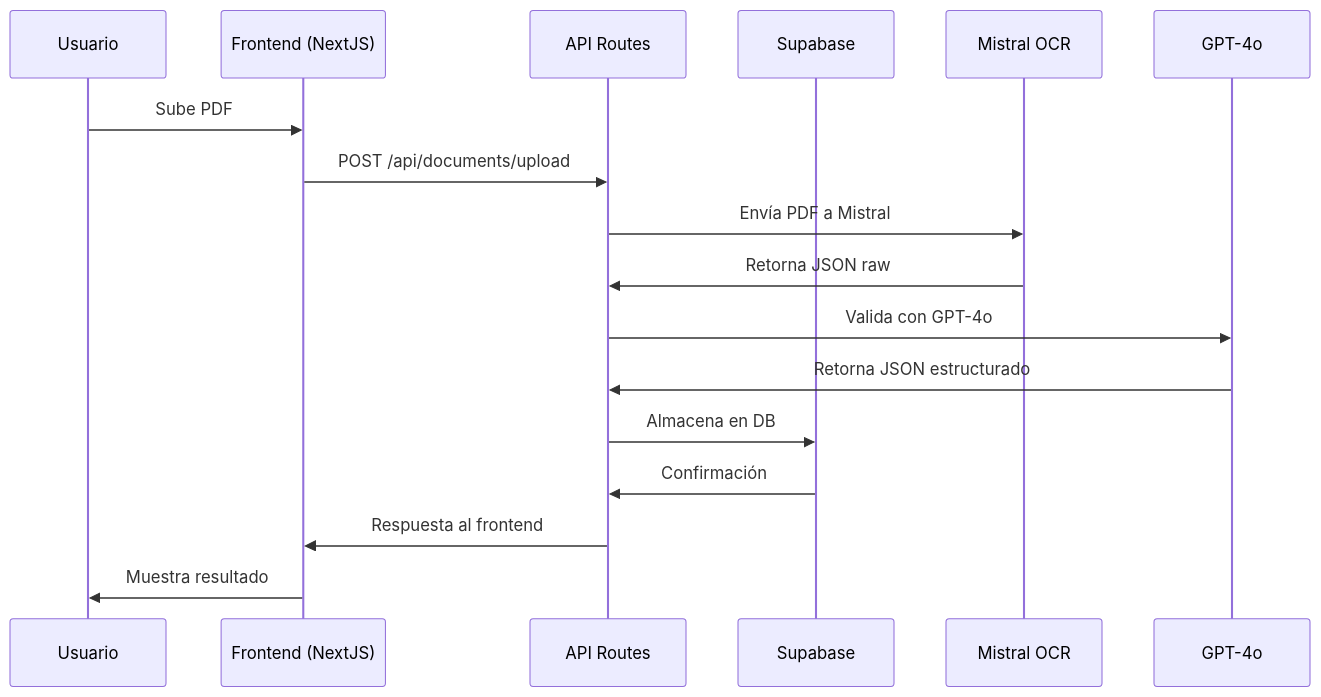
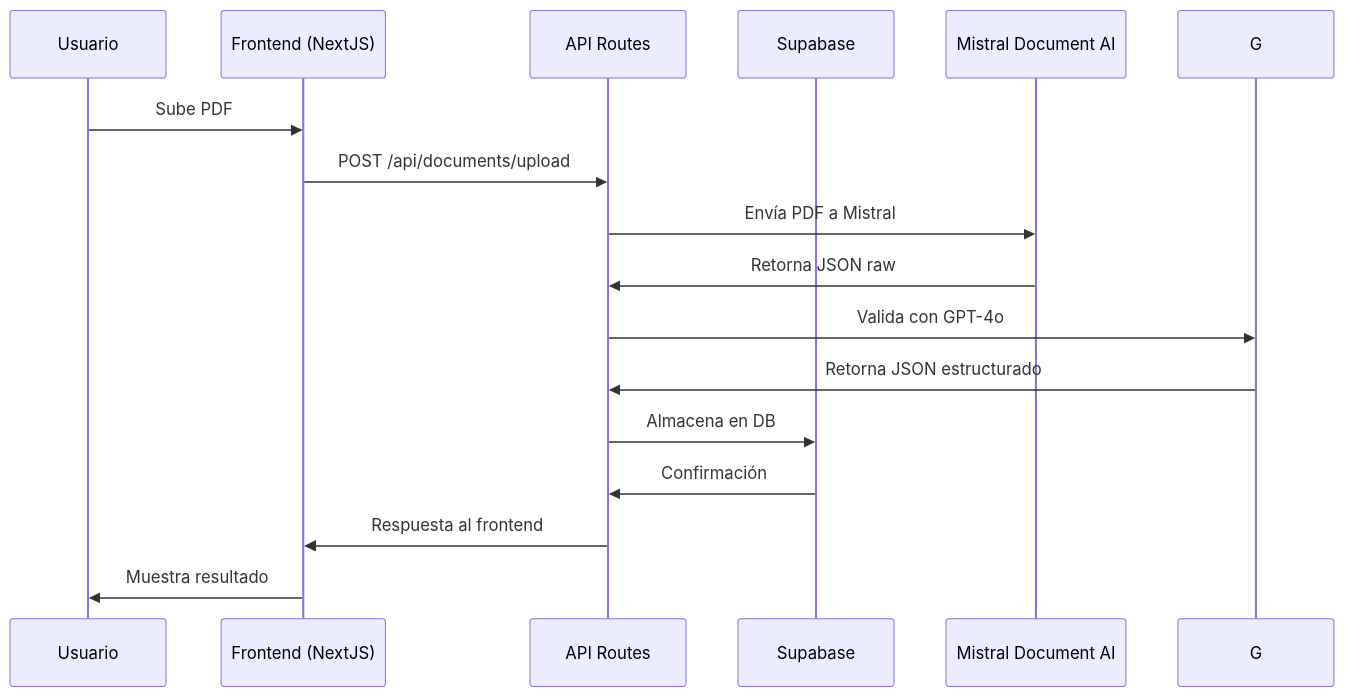
Before and after one commit to DavidDreambular/gestagent: the diagram in docs/TECHNICAL_DOCUMENTATION.md, drawn with Mermaid. The commit also changed other lines of this file and 99 other files, not shown here.

````diff
--- a/docs/TECHNICAL_DOCUMENTATION.md
+++ b/docs/TECHNICAL_DOCUMENTATION.md
@@ -35,20 +35,20 @@
 ```mermaid
 sequenceDiagram
     participant U as Usuario
     participant F as Frontend (NextJS)
     participant A as API Routes
     participant S as Supabase
     participant M as Mistral OCR
-    participant G as GPT-4o
+    participant M as Mistral Document AI
 
     U->>F: Sube PDF
     F->>A: POST /api/documents/upload
     A->>M: Envía PDF a Mistral
     M->>A: Retorna JSON raw
     A->>G: Valida con GPT-4o
     G->>A: Retorna JSON estructurado
     A->>S: Almacena en DB
     S->>A: Confirmación
     A->>F: Respuesta al frontend
     F->>U: Muestra resultado
 ```
````
